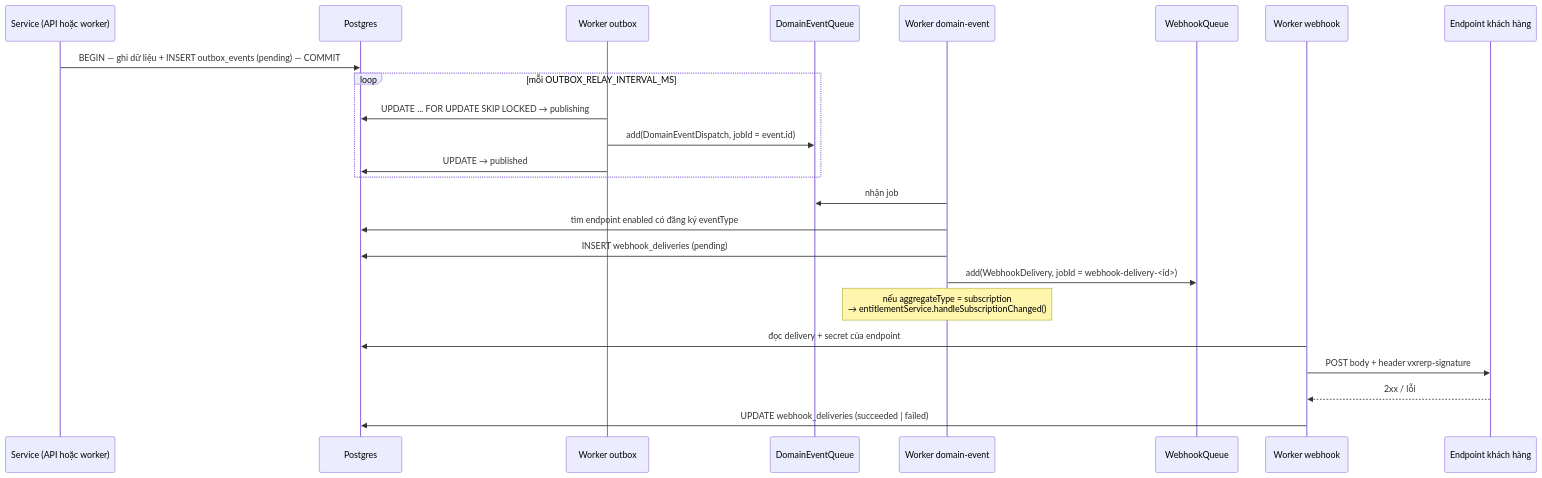
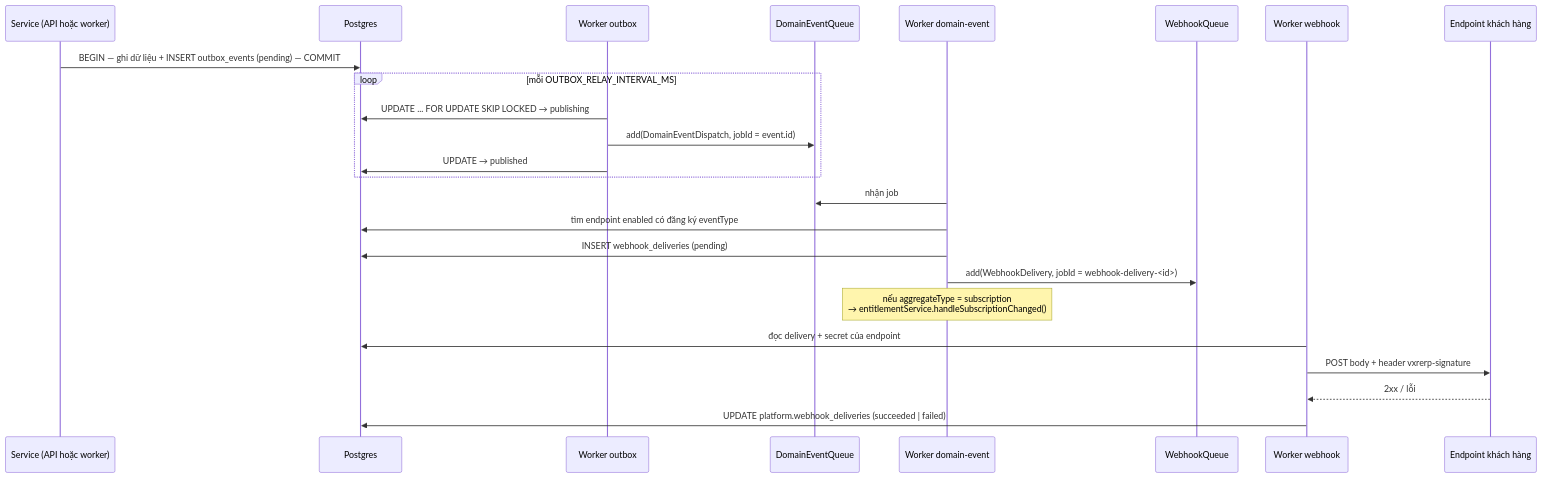
The diagram in docs/flows/02-event-pipeline.md (anhquang296/pinstripe), drawn with Mermaid before and after one commit. The commit also changed other lines of this file and 901 other files, not shown here.

````diff
--- a/docs/flows/02-event-pipeline.md
+++ b/docs/flows/02-event-pipeline.md
@@ -12,27 +12,27 @@
 ```mermaid
 sequenceDiagram
     participant S as Service (API hoặc worker)
     participant PG as Postgres
     participant OW as Worker outbox
     participant DQ as DomainEventQueue
     participant EW as Worker domain-event
     participant WQ as WebhookQueue
     participant WW as Worker webhook
     participant EP as Endpoint khách hàng
 
     S->>PG: BEGIN — ghi dữ liệu + INSERT outbox_events (pending) — COMMIT
     loop mỗi OUTBOX_RELAY_INTERVAL_MS
         OW->>PG: UPDATE ... FOR UPDATE SKIP LOCKED → publishing
         OW->>DQ: add(DomainEventDispatch, jobId = event.id)
         OW->>PG: UPDATE → published
     end
     EW->>DQ: nhận job
     EW->>PG: tìm endpoint enabled có đăng ký eventType
     EW->>PG: INSERT webhook_deliveries (pending)
     EW->>WQ: add(WebhookDelivery, jobId = webhook-delivery-<id>)
     Note over EW: nếu aggregateType = subscription<br/>→ entitlementService.handleSubscriptionChanged()
     WW->>PG: đọc delivery + secret của endpoint
     WW->>EP: POST body + header vxrerp-signature
     EP-->>WW: 2xx / lỗi
-    WW->>PG: UPDATE webhook_deliveries (succeeded | failed)
+    WW->>PG: UPDATE platform.webhook_deliveries (succeeded | failed)
 ```
````
